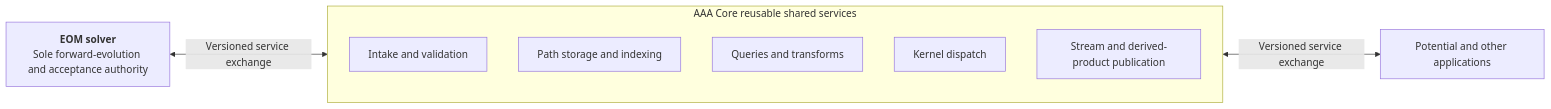
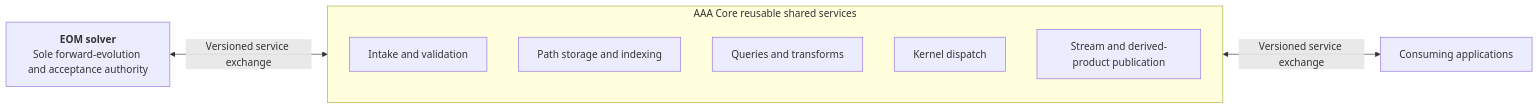
The first of 2 diagrams in reference/priorities/app-aaa-core/architecture-v0.md (jmarkmorris/architrino), drawn with Mermaid before and after one commit. The commit also changed other lines of this file and 689 other files, not shown here.

````diff
--- a/reference/priorities/app-aaa-core/architecture-v0.md
+++ b/reference/priorities/app-aaa-core/architecture-v0.md
@@ -46,24 +106,24 @@
 ```mermaid
 ---
 config:
   markdownAutoWrap: true
   flowchart:
     wrappingWidth: 200
 ---
 flowchart LR
     EOM["`**EOM solver**
 Sole forward-evolution and acceptance authority`"]
-    APPS["`Potential and other applications`"]
+    APPS["`Consuming applications`"]
 
     subgraph CORE["AAA Core reusable shared services"]
         direction TB
         INTAKE["`Intake and validation`"]
         STORAGE["`Path storage and indexing`"]
         QUERY["`Queries and transforms`"]
         KERNEL["`Kernel dispatch`"]
         PUBLISH["`Stream and derived-product publication`"]
     end
 
     EOM <-->|Versioned service exchange| CORE
     CORE <-->|Versioned service exchange| APPS
 ```
````
